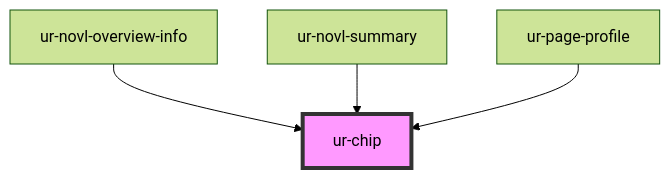
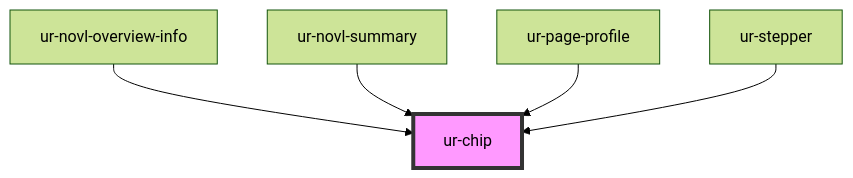
One commit to hellish/urnovl-web-components changed the diagram in src/components/ur-chip/readme.md. Above: the diagram before and after it, drawn with Mermaid (forest theme). The commit also changed other lines of this file and 22 other files, not shown here.

````diff
--- a/src/components/ur-chip/readme.md
+++ b/src/components/ur-chip/readme.md
@@ -33,7 +34,8 @@
 ```mermaid
 graph TD;
   ur-novl-overview-info --> ur-chip
   ur-novl-summary --> ur-chip
   ur-page-profile --> ur-chip
+  ur-stepper --> ur-chip
   style ur-chip fill:#f9f,stroke:#333,stroke-width:4px
 ```
````
